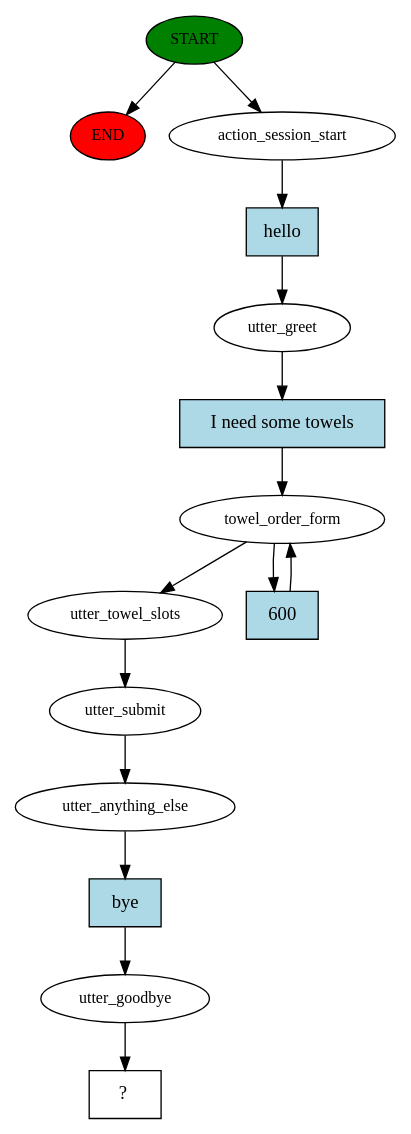
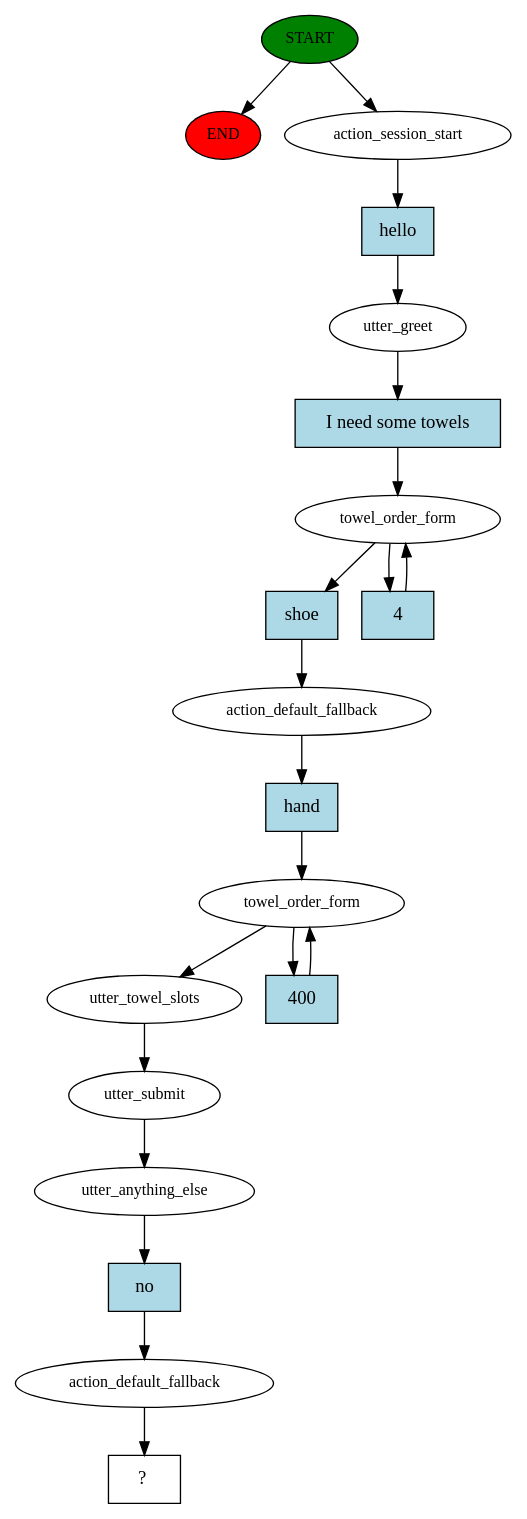
One commit to bridgecrew-perf6/chatbot-deploy1 changed the diagram in story_graph.dot. Above: the diagram before and after it, drawn with Graphviz. The commit also changed 4 other files, not shown here.

```diff
--- a/story_graph.dot
+++ b/story_graph.dot
@@ -1,30 +1,41 @@
 digraph  {
 0 [class="start active", fillcolor=green, fontsize=12, label=START, style=filled];
 "-1" [class=end, fillcolor=red, fontsize=12, label=END, style=filled];
 1 [class=active, fontsize=12, label=action_session_start];
 2 [class=active, fontsize=12, label=utter_greet];
 3 [class=active, fontsize=12, label=towel_order_form];
-7 [class=active, fontsize=12, label=utter_towel_slots];
-8 [class=active, fontsize=12, label=utter_submit];
-9 [class=active, fontsize=12, label=utter_anything_else];
-10 [class=active, fontsize=12, label=utter_goodbye];
-11 [class="intent dashed active", label="  ?  ", shape=rect];
-12 [class="intent active", fillcolor=lightblue, label=hello, shape=rect, style=filled];
-13 [class="intent active", fillcolor=lightblue, label="I need some towels", shape=rect, style=filled];
-14 [class="intent active", fillcolor=lightblue, label=600, shape=rect, style=filled];
-15 [class="intent active", fillcolor=lightblue, label=bye, shape=rect, style=filled];
+5 [class=active, fontsize=12, label=action_default_fallback];
+6 [class=active, fontsize=12, label=towel_order_form];
+8 [class=active, fontsize=12, label=utter_towel_slots];
+9 [class=active, fontsize=12, label=utter_submit];
+10 [class=active, fontsize=12, label=utter_anything_else];
+11 [class=active, fontsize=12, label=action_default_fallback];
+12 [class="intent dashed active", label="  ?  ", shape=rect];
+13 [class="intent active", fillcolor=lightblue, label=hello, shape=rect, style=filled];
+14 [class="intent active", fillcolor=lightblue, label="I need some towels", shape=rect, style=filled];
+15 [class="intent active", fillcolor=lightblue, label=shoe, shape=rect, style=filled];
+16 [class="intent active", fillcolor=lightblue, label=4, shape=rect, style=filled];
+17 [class="intent active", fillcolor=lightblue, label=hand, shape=rect, style=filled];
+18 [class="intent active", fillcolor=lightblue, label=400, shape=rect, style=filled];
+19 [class="intent active", fillcolor=lightblue, label=no, shape=rect, style=filled];
 0 -> "-1"  [class="", key=NONE, label=""];
 0 -> 1  [class=active, key=NONE, label=""];
-1 -> 12  [class=active, key=0];
-2 -> 13  [class=active, key=0];
-3 -> 7  [class=active, key=NONE, label=""];
-3 -> 14  [class=active, key=0];
-7 -> 8  [class=active, key=NONE, label=""];
+1 -> 13  [class=active, key=0];
+2 -> 14  [class=active, key=0];
+3 -> 15  [class=active, key=0];
+3 -> 16  [class=active, key=0];
+5 -> 17  [class=active, key=0];
+6 -> 8  [class=active, key=NONE, label=""];
+6 -> 18  [class=active, key=0];
 8 -> 9  [class=active, key=NONE, label=""];
-9 -> 15  [class=active, key=0];
-10 -> 11  [class=active, key=NONE, label=""];
-12 -> 2  [class=active, key=0];
-13 -> 3  [class=active, key=0];
+9 -> 10  [class=active, key=NONE, label=""];
+10 -> 19  [class=active, key=0];
+11 -> 12  [class=active, key=NONE, label=""];
+13 -> 2  [class=active, key=0];
 14 -> 3  [class=active, key=0];
-15 -> 10  [class=active, key=0];
+15 -> 5  [class=active, key=0];
+16 -> 3  [class=active, key=0];
+17 -> 6  [class=active, key=0];
+18 -> 6  [class=active, key=0];
+19 -> 11  [class=active, key=0];
 }
```
